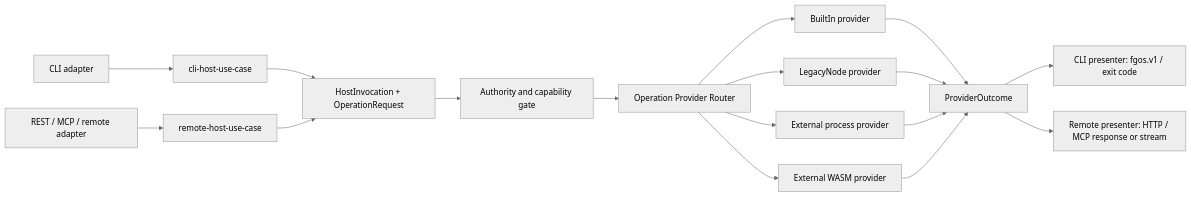
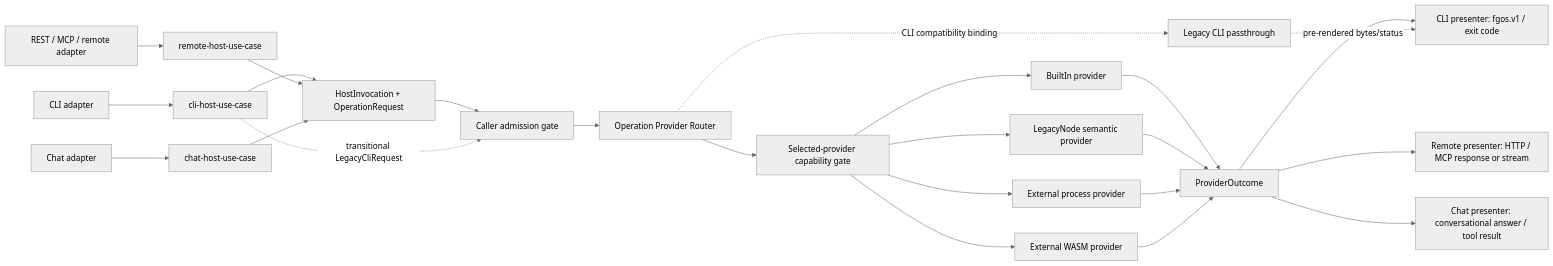
One commit to vantt/forgent changed the diagram in docs/architect/host-invocation-routing/host-invocation-provider-routing.md. Above: the diagram before and after it, drawn with Mermaid (neutral theme). The commit also changed other lines of this file and 5 other files, not shown here.

First line of the commit message:
docs(architect): add packaging-distribution area, rewrite host-invocation-routing docs

````diff
--- a/docs/architect/host-invocation-routing/host-invocation-provider-routing.md
+++ b/docs/architect/host-invocation-routing/host-invocation-provider-routing.md
@@ -61,24 +61,32 @@
 ```mermaid
 flowchart LR
     CLI[CLI adapter] --> CH[cli-host-use-case]
     REM[REST / MCP / remote adapter] --> RH[remote-host-use-case]
+    CHAT[Chat adapter] --> HH[chat-host-use-case]
 
     CH --> INV[HostInvocation + OperationRequest]
     RH --> INV
+    HH --> INV
 
-    INV --> AUTH[Authority and capability gate]
-    AUTH --> ROUTER[Operation Provider Router]
+    INV --> ADMIT[Caller admission gate]
+    ADMIT --> ROUTER[Operation Provider Router]
+    ROUTER --> GRANT[Selected-provider capability gate]
 
-    ROUTER --> BUILTIN[BuiltIn provider]
-    ROUTER --> LEGACY[LegacyNode provider]
-    ROUTER --> PROCESS[External process provider]
-    ROUTER --> WASM[External WASM provider]
+    GRANT --> BUILTIN[BuiltIn provider]
+    GRANT --> LEGACY[LegacyNode semantic provider]
+    GRANT --> PROCESS[External process provider]
+    GRANT --> WASM[External WASM provider]
 
     BUILTIN --> OUT[ProviderOutcome]
     LEGACY --> OUT
     PROCESS --> OUT
     WASM --> OUT
 
     OUT --> CP[CLI presenter: fgos.v1 / exit code]
     OUT --> RP[Remote presenter: HTTP / MCP response or stream]
+    OUT --> HP[Chat presenter: conversational answer / tool result]
+
+    CH -. transitional LegacyCliRequest .-> ADMIT
+    ROUTER -. CLI compatibility binding .-> COMPAT[Legacy CLI passthrough]
+    COMPAT -. pre-rendered bytes/status .-> CP
 ```
````
